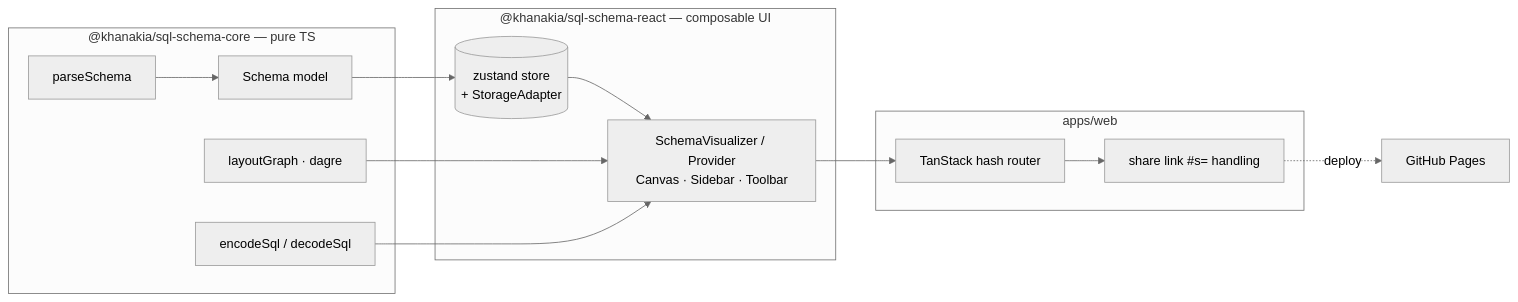
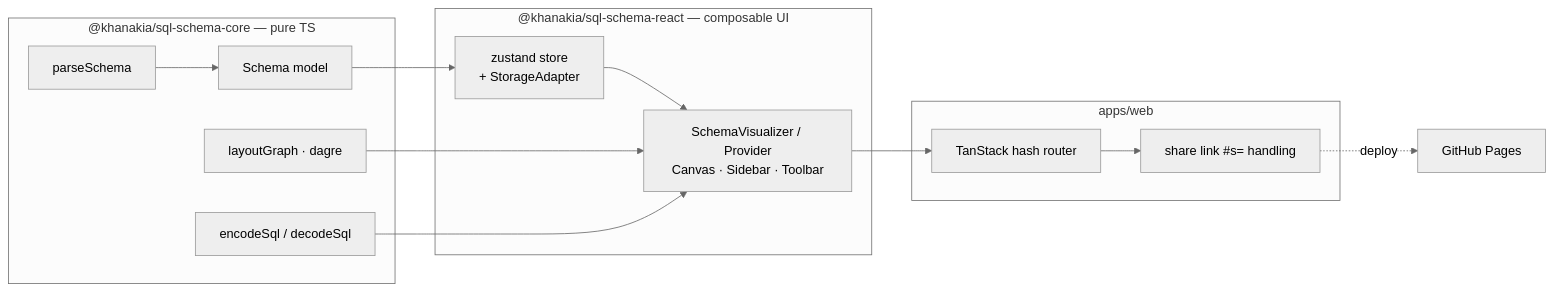
One commit to khanakia/sql-schema-visualizer changed the diagram in README.md. Above: the diagram before and after it, drawn with Mermaid (neutral theme). The commit also changed 4 other files, not shown here.

Commit message:
docs: fix Mermaid diagrams — quote node labels, <br/> not \n, no bare parens (GitHub render error)

````diff
--- a/README.md
+++ b/README.md
@@ -57,21 +57,21 @@
 ```mermaid
 flowchart LR
   subgraph core["@khanakia/sql-schema-core — pure TS"]
-    PR[parseSchema] --> SC[Schema model]
-    LG[layoutGraph · dagre]
-    CD[encodeSql / decodeSql]
+    PR["parseSchema"] --> SC["Schema model"]
+    LG["layoutGraph · dagre"]
+    CD["encodeSql / decodeSql"]
   end
   subgraph react["@khanakia/sql-schema-react — composable UI"]
-    STORE[(zustand store\n+ StorageAdapter)]
-    UI[SchemaVisualizer / Provider\nCanvas · Sidebar · Toolbar]
+    STORE["zustand store<br/>+ StorageAdapter"]
+    UI["SchemaVisualizer / Provider<br/>Canvas · Sidebar · Toolbar"]
   end
   subgraph app["apps/web"]
-    RT[TanStack hash router]
-    SH[share link #s= handling]
+    RT["TanStack hash router"]
+    SH["share link #s= handling"]
   end
   SC --> STORE --> UI
   LG --> UI
   CD --> UI
   UI --> RT --> SH
-  SH -.deploy.-> GP[GitHub Pages]
+  SH -. deploy .-> GP["GitHub Pages"]
 ```
````
